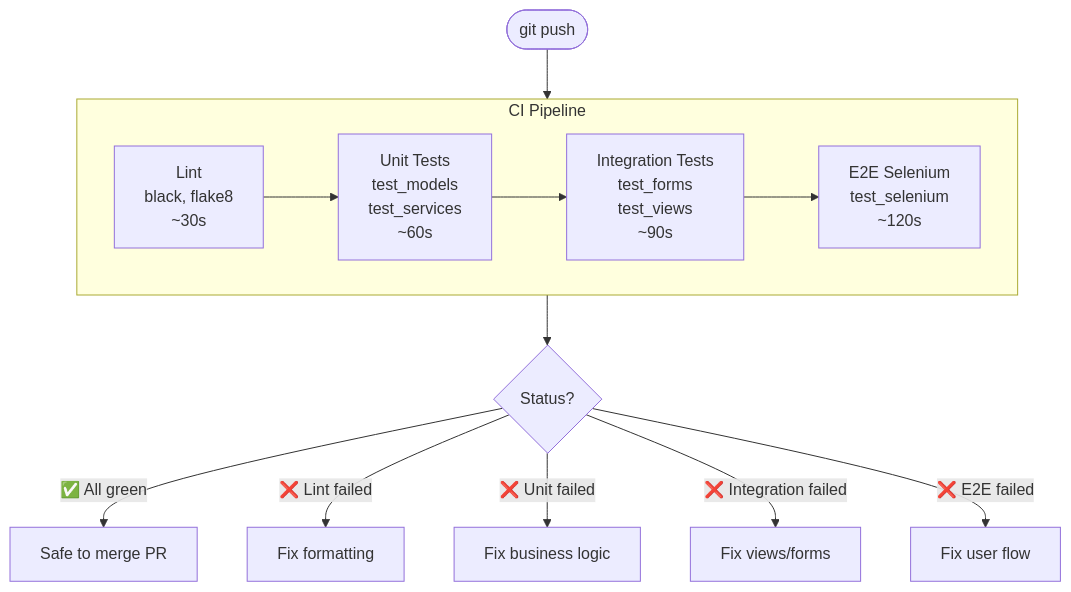
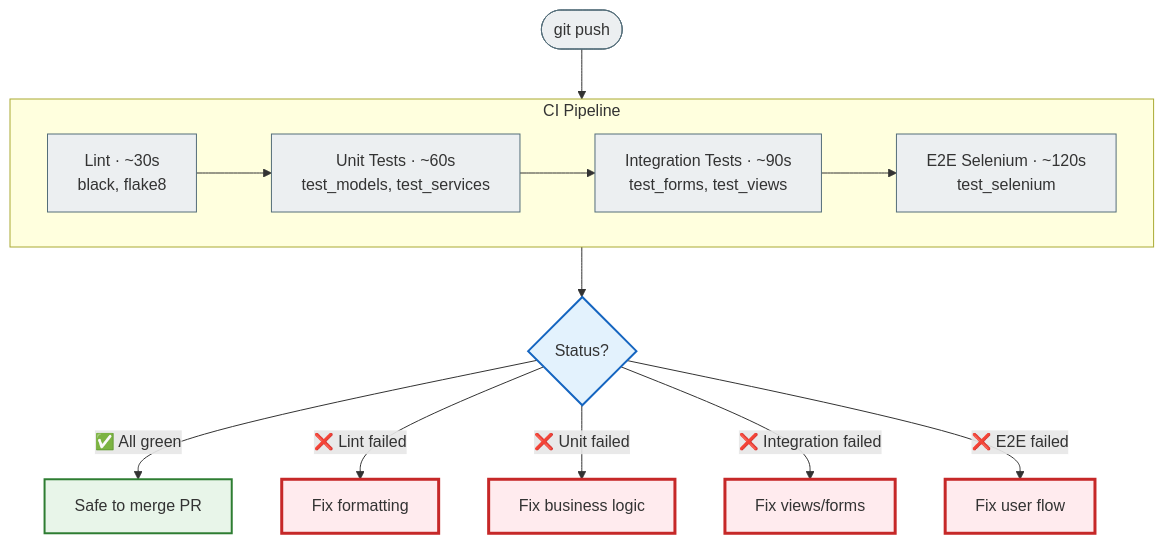
One commit to NikoriakViktot/notes_chat_app changed the third of 3 diagrams in docs/08_testing_and_quality/ci_cd_full.md. Above: the diagram before and after it, drawn with Mermaid. The commit also changed other lines of this file and 441 other files, not shown here.

First line of the commit message:
Add English version of the book, Mermaid standard, docs fixes

````diff
--- a/docs/08_testing_and_quality/ci_cd_full.md
+++ b/docs/08_testing_and_quality/ci_cd_full.md
@@ -539,18 +585,27 @@
 ```mermaid
 flowchart TD
     PUSH([git push]) --> CI
 
     subgraph CI["CI Pipeline"]
         direction LR
-        L[Lint\nblack, flake8\n~30s] --> U[Unit Tests\ntest_models\ntest_services\n~60s]
-        U --> I[Integration Tests\ntest_forms\ntest_views\n~90s]
-        I --> E[E2E Selenium\ntest_selenium\n~120s]
+        L["Lint · ~30s<br>black, flake8"] --> U["Unit Tests · ~60s<br>test_models, test_services"]
+        U --> I["Integration Tests · ~90s<br>test_forms, test_views"]
+        I --> E["E2E Selenium · ~120s<br>test_selenium"]
     end
 
     CI --> STATUS{Status?}
     STATUS -- ✅ All green --> MERGE[Safe to merge PR]
     STATUS -- ❌ Lint failed --> FIX_LINT[Fix formatting]
     STATUS -- ❌ Unit failed --> FIX_LOGIC[Fix business logic]
     STATUS -- ❌ Integration failed --> FIX_VIEWS[Fix views/forms]
     STATUS -- ❌ E2E failed --> FIX_E2E[Fix user flow]
+
+    classDef step     fill:#eceff1,stroke:#546e7a,stroke-width:1px;
+    classDef decision fill:#e3f2fd,stroke:#1565c0,stroke-width:2px;
+    classDef success  fill:#e8f5e9,stroke:#2e7d32,stroke-width:2px;
+    classDef error    fill:#ffebee,stroke:#c62828,stroke-width:3px;
+    class PUSH,L,U,I,E step;
+    class STATUS decision;
+    class MERGE success;
+    class FIX_LINT,FIX_LOGIC,FIX_VIEWS,FIX_E2E error;
 ```
````
